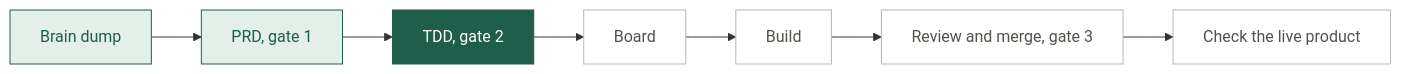
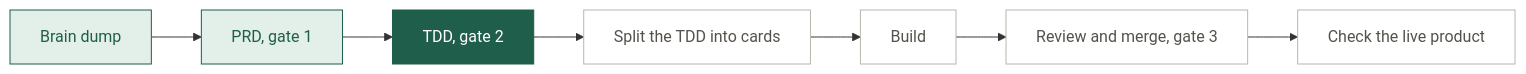
Before and after one commit to hornof/sketch-gallery: the diagram in docs/MAP.md, drawn with Mermaid. The commit also changed other lines of this file and 3 other files, not shown here.

````diff
--- a/docs/MAP.md
+++ b/docs/MAP.md
@@ -7,7 +7,7 @@
 ```mermaid
 flowchart LR
-  s1[Brain dump]:::done --> s2[PRD, gate 1]:::done --> s3[TDD, gate 2]:::now --> s4[Board]:::next --> s5[Build]:::next --> s6[Review and merge, gate 3]:::next --> s7[Check the live product]:::next
+  s1[Brain dump]:::done --> s2[PRD, gate 1]:::done --> s3[TDD, gate 2]:::now --> s4[Split the TDD into cards]:::next --> s5[Build]:::next --> s6[Review and merge, gate 3]:::next --> s7[Check the live product]:::next
   classDef done fill:#E3EFE9,stroke:#1F5E4A,color:#1F5E4A
   classDef now fill:#1F5E4A,stroke:#1F5E4A,color:#FFFFFF
   classDef next fill:#FFFFFF,stroke:#BBB6AC,color:#55524B
 ```
````
